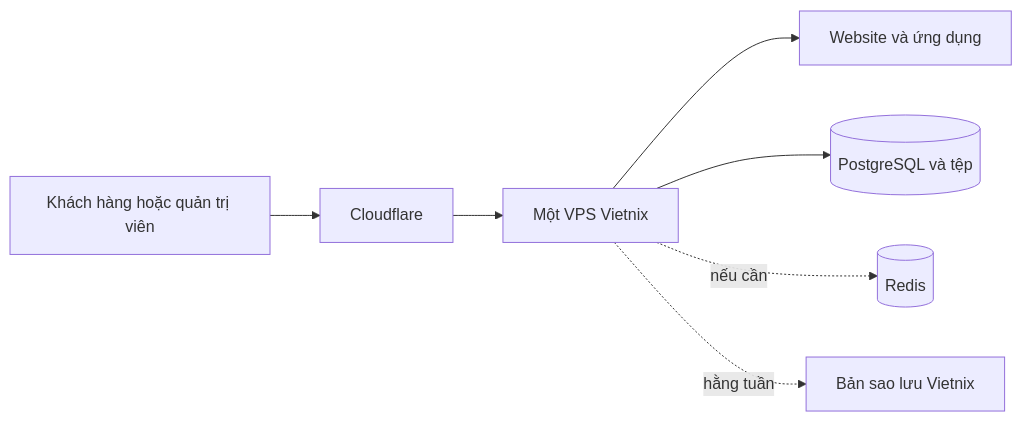
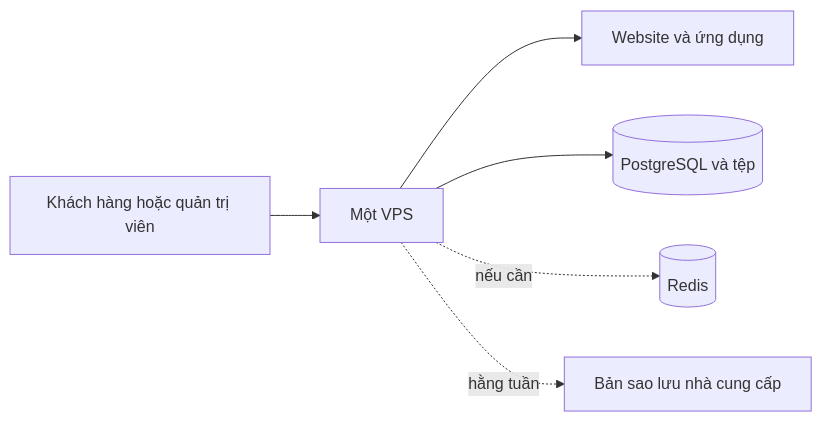
The diagram in deployments/option-1-single-server/architecture.md (LeeTun2k2/insumart-docs), drawn with Mermaid before and after one commit. The commit also changed other lines of this file and 6 other files, not shown here.

````diff
--- a/deployments/option-1-single-server/architecture.md
+++ b/deployments/option-1-single-server/architecture.md
@@ -16,9 +16,8 @@
 ```mermaid
 flowchart LR
-    NguoiDung[Khách hàng hoặc quản trị viên] --> CF[Cloudflare]
-    CF --> VPS[Một VPS Vietnix]
+    NguoiDung[Khách hàng hoặc quản trị viên] --> VPS[Một VPS]
     VPS --> Web[Website và ứng dụng]
     VPS --> DB[(PostgreSQL và tệp)]
     VPS -. nếu cần .-> Redis[(Redis)]
-    VPS -. hằng tuần .-> SaoLuu[Bản sao lưu Vietnix]
+    VPS -. hằng tuần .-> SaoLuu[Bản sao lưu nhà cung cấp]
 ```
````
